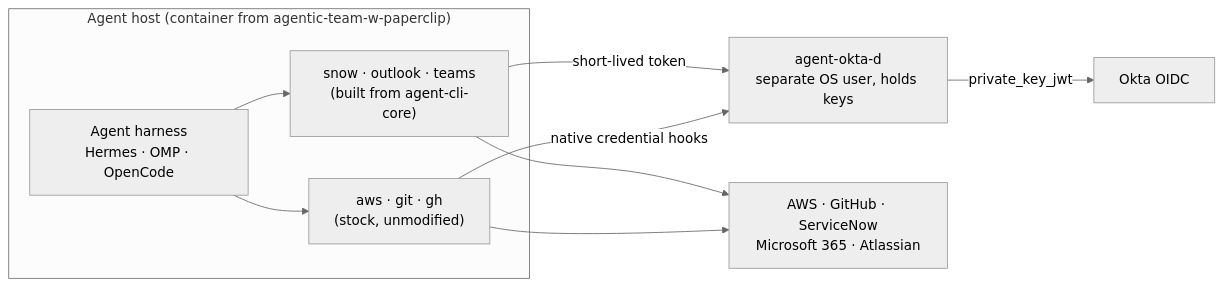
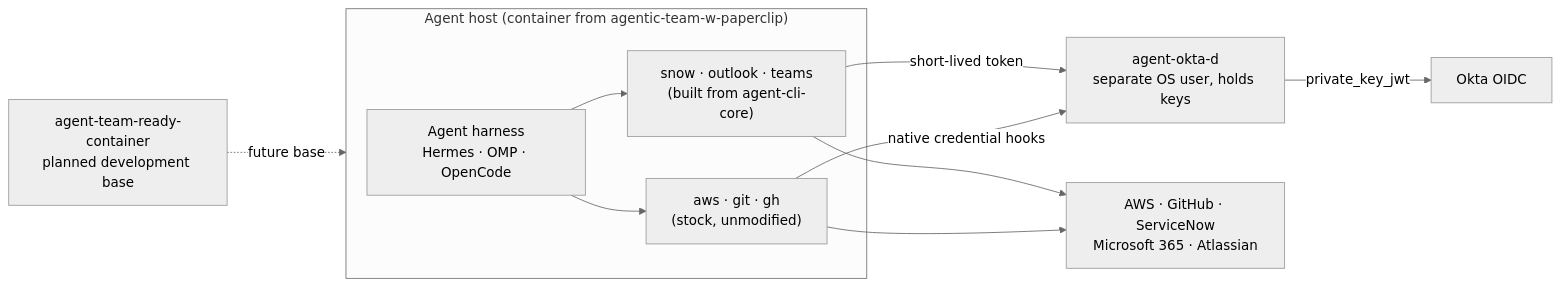
One commit to stainedhead/agentic-teams changed the diagram in README.md. Above: the diagram before and after it, drawn with Mermaid (neutral theme). The commit also changed other lines of this file and 4 other files, not shown here.

Commit message:
Map development base image repository

````diff
--- a/README.md
+++ b/README.md
@@ -31,19 +32,21 @@
 ```mermaid
 flowchart LR
+    BASE["agent-team-ready-container<br/>planned development base"]
     subgraph HOST["Agent host (container from agentic-team-w-paperclip)"]
         AGENT["Agent harness<br/>Hermes · OMP · OpenCode"]
         CLIS["snow · outlook · teams<br/>(built from agent-cli-core)"]
         STOCK["aws · git · gh<br/>(stock, unmodified)"]
     end
     DAEMON["agent-okta-d<br/>separate OS user, holds keys"]
     OKTA["Okta OIDC"]
     SYS["AWS · GitHub · ServiceNow<br/>Microsoft 365 · Atlassian"]
 
+    BASE -. "future base" .-> HOST
     AGENT --> CLIS
     AGENT --> STOCK
     CLIS -- "short-lived token" --> DAEMON
     STOCK -- "native credential hooks" --> DAEMON
     DAEMON -- "private_key_jwt" --> OKTA
     CLIS --> SYS
     STOCK --> SYS
 ```
````
